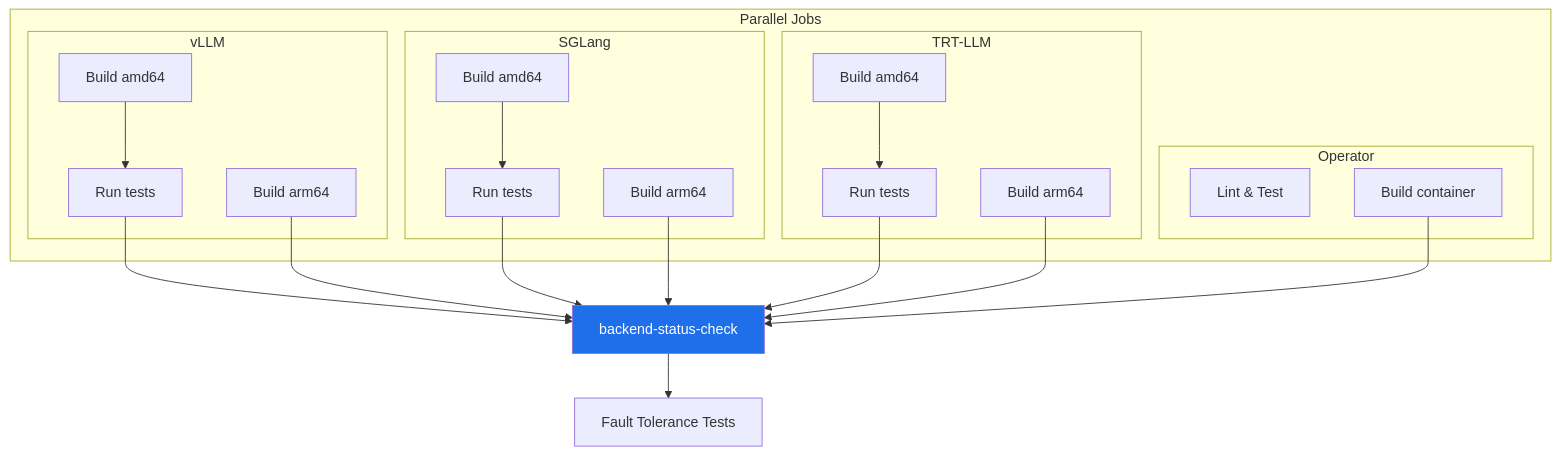
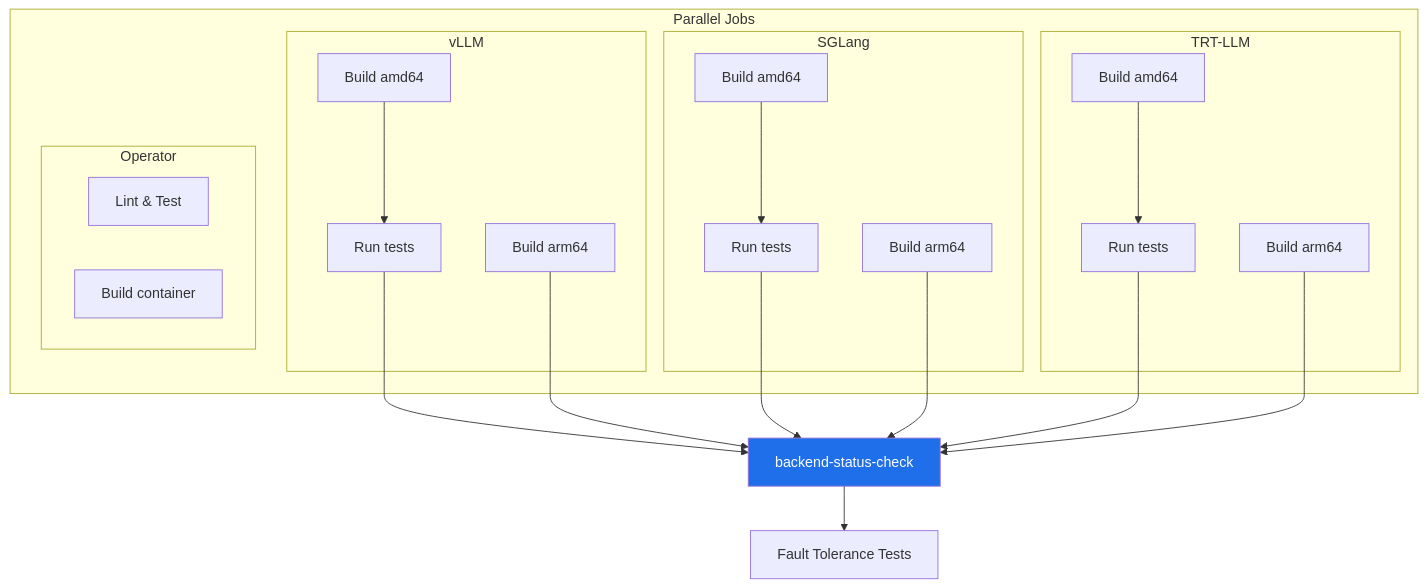
Before and after one commit to ai-dynamo/dynamo: the fourth of 5 diagrams in .github/PR_WORKFLOW.md, drawn with Mermaid. The commit also changed other lines of this file and 1 other file, not shown here.

````diff
--- a/.github/PR_WORKFLOW.md
+++ b/.github/PR_WORKFLOW.md
@@ -77,29 +90,29 @@
 ```mermaid
 flowchart TD
     subgraph Parallel["Parallel Jobs"]
         subgraph vLLM["vLLM"]
             V1[Build amd64] --> V2[Run tests]
             V3[Build arm64]
         end
         
         subgraph SGLang["SGLang"]
             S1[Build amd64] --> S2[Run tests]
             S3[Build arm64]
         end
         
         subgraph TRT["TRT-LLM"]
             T1[Build amd64] --> T2[Run tests]
             T3[Build arm64]
         end
         
         subgraph Operator["Operator"]
             O1[Lint & Test]
             O2[Build container]
         end
     end
     
-    V2 & V3 & S2 & S3 & T2 & T3 & O2 --> Check[backend-status-check]
+    V2 & V3 & S2 & S3 & T2 & T3 --> Check[backend-status-check]
     Check --> FT[Fault Tolerance Tests]
     
     style Check fill:#1f6feb,color:#fff
 ```
````
